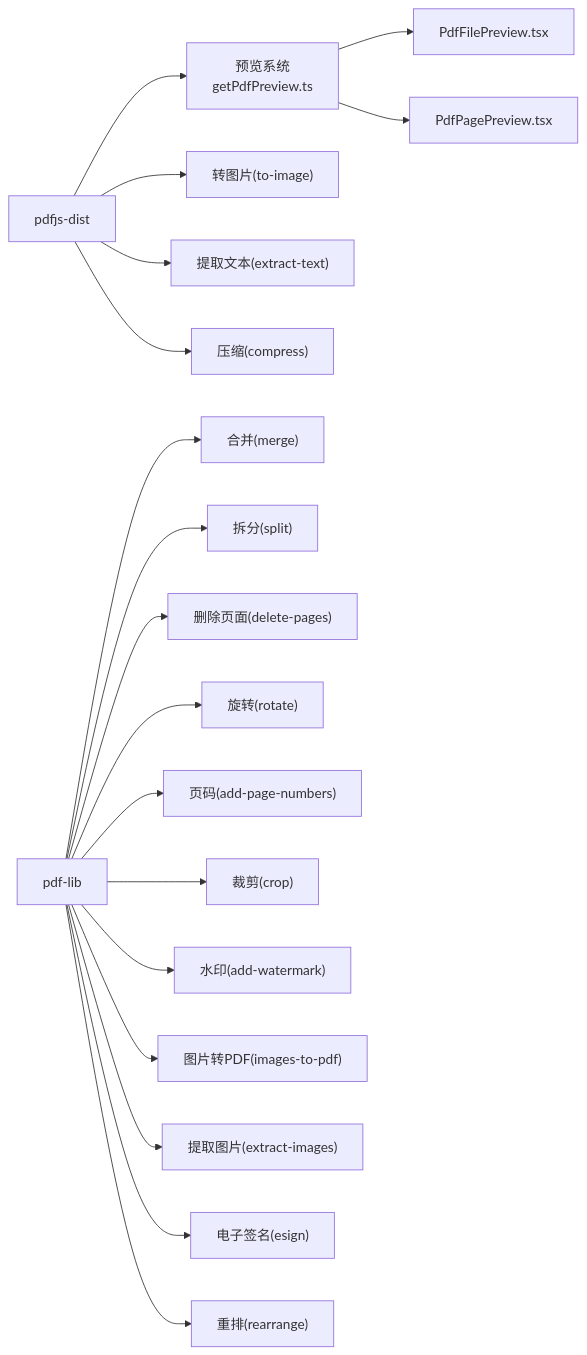
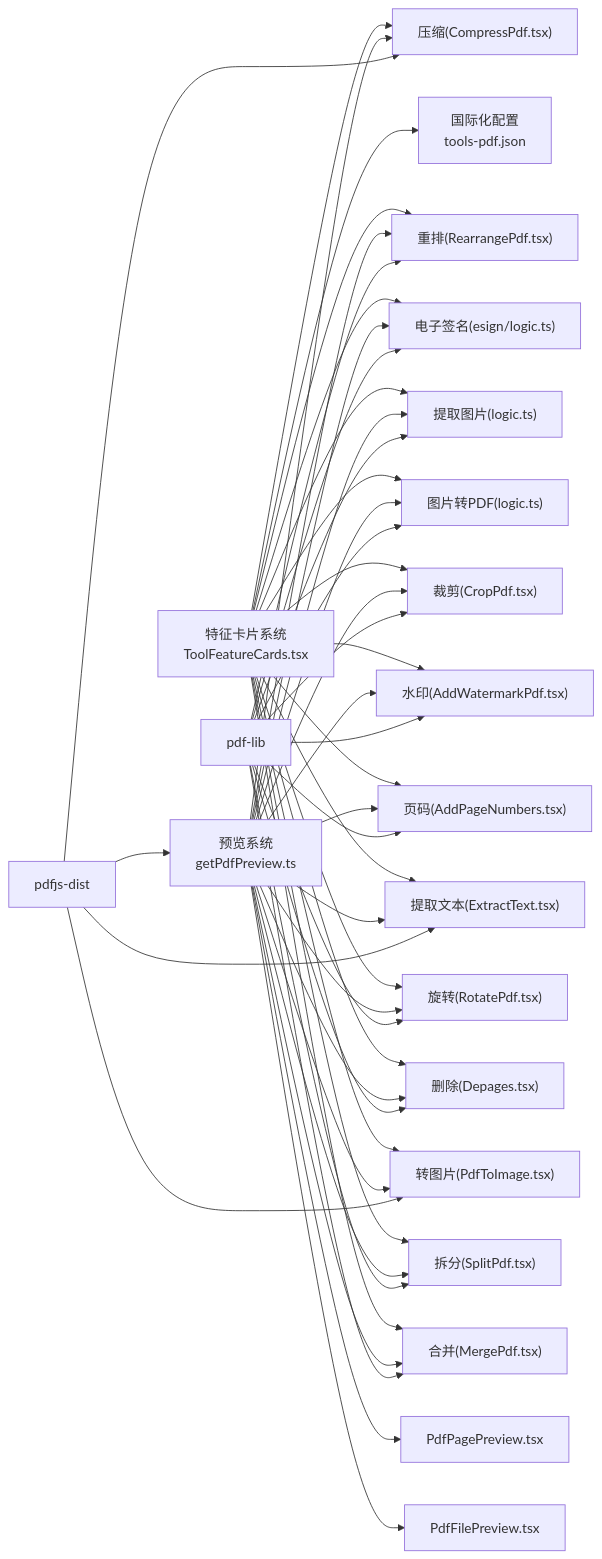
The sixth of 6 diagrams in .qoder/repowiki/zh/content/PDF工具/PDF工具.md (sgyy/privadeck), drawn with Mermaid before and after one commit. The commit also changed other lines of this file and 3 other files, not shown here.

````diff
--- a/.qoder/repowiki/zh/content/PDF工具/PDF工具.md
+++ b/.qoder/repowiki/zh/content/PDF工具/PDF工具.md
@@ -416,20 +538,49 @@
 ```mermaid
 graph LR
 PREVIEW["预览系统<br/>getPdfPreview.ts"] --> FILEPREV["PdfFilePreview.tsx"]
 PREVIEW --> PAGEPREV["PdfPagePreview.tsx"]
+FEATURE["特征卡片系统<br/>ToolFeatureCards.tsx"] --> I18N["国际化配置<br/>tools-pdf.json"]
+FEATURE --> MERGE["合并(MergePdf.tsx)"]
+FEATURE --> SPLIT["拆分(SplitPdf.tsx)"]
+FEATURE --> DELETE["删除(Depages.tsx)"]
+FEATURE --> T2I["转图片(PdfToImage.tsx)"]
+FEATURE --> ROTATE["旋转(RotatePdf.tsx)"]
+FEATURE --> PAGENUM["页码(AddPageNumbers.tsx)"]
+FEATURE --> EXTRACT["提取文本(ExtractText.tsx)"]
+FEATURE --> COMPRESS["压缩(CompressPdf.tsx)"]
+FEATURE --> WATERMARK["水印(AddWatermarkPdf.tsx)"]
+FEATURE --> CROP["裁剪(CropPdf.tsx)"]
+FEATURE --> IMG2PDF["图片转PDF(logic.ts)"]
+FEATURE --> EXTRACTIMG["提取图片(logic.ts)"]
+FEATURE --> ESIGN["电子签名(esign/logic.ts)"]
+FEATURE --> REARRANGE["重排(RearrangePdf.tsx)"]
+PREVIEW --> MERGE
+PREVIEW --> SPLIT
+PREVIEW --> DELETE
+PREVIEW --> T2I
+PREVIEW --> ROTATE
+PREVIEW --> PAGENUM
+PREVIEW --> EXTRACT
+PREVIEW --> COMPRESS
+PREVIEW --> WATERMARK
+PREVIEW --> CROP
+PREVIEW --> IMG2PDF
+PREVIEW --> EXTRACTIMG
+PREVIEW --> ESIGN
+PREVIEW --> REARRANGE
 PJ["pdfjs-dist"] --> PREVIEW
-PJ --> T2I["转图片(to-image)"]
-PJ --> ET["提取文本(extract-text)"]
-PJ --> CMP["压缩(compress)"]
-PL["pdf-lib"] --> M["合并(merge)"]
-PL --> S["拆分(split)"]
-PL --> DP["删除页面(delete-pages)"]
-PL --> R["旋转(rotate)"]
-PL --> PN["页码(add-page-numbers)"]
-PL --> CR["裁剪(crop)"]
-PL --> WM["水印(add-watermark)"]
-PL --> I2P["图片转PDF(images-to-pdf)"]
-PL --> EI["提取图片(extract-images)"]
-PL --> ESIGN["电子签名(esign)"]
-PL --> RE["重排(rearrange)"]
+PJ --> T2I
+PJ --> EXTRACT
+PJ --> COMPRESS
+PL["pdf-lib"] --> MERGE
+PL --> SPLIT
+PL --> DELETE
+PL --> ROTATE
+PL --> PAGENUM
+PL --> CROP
+PL --> WATERMARK
+PL --> IMG2PDF
+PL --> EXTRACTIMG
+PL --> ESIGN
+PL --> REARRANGE
 ```
````
